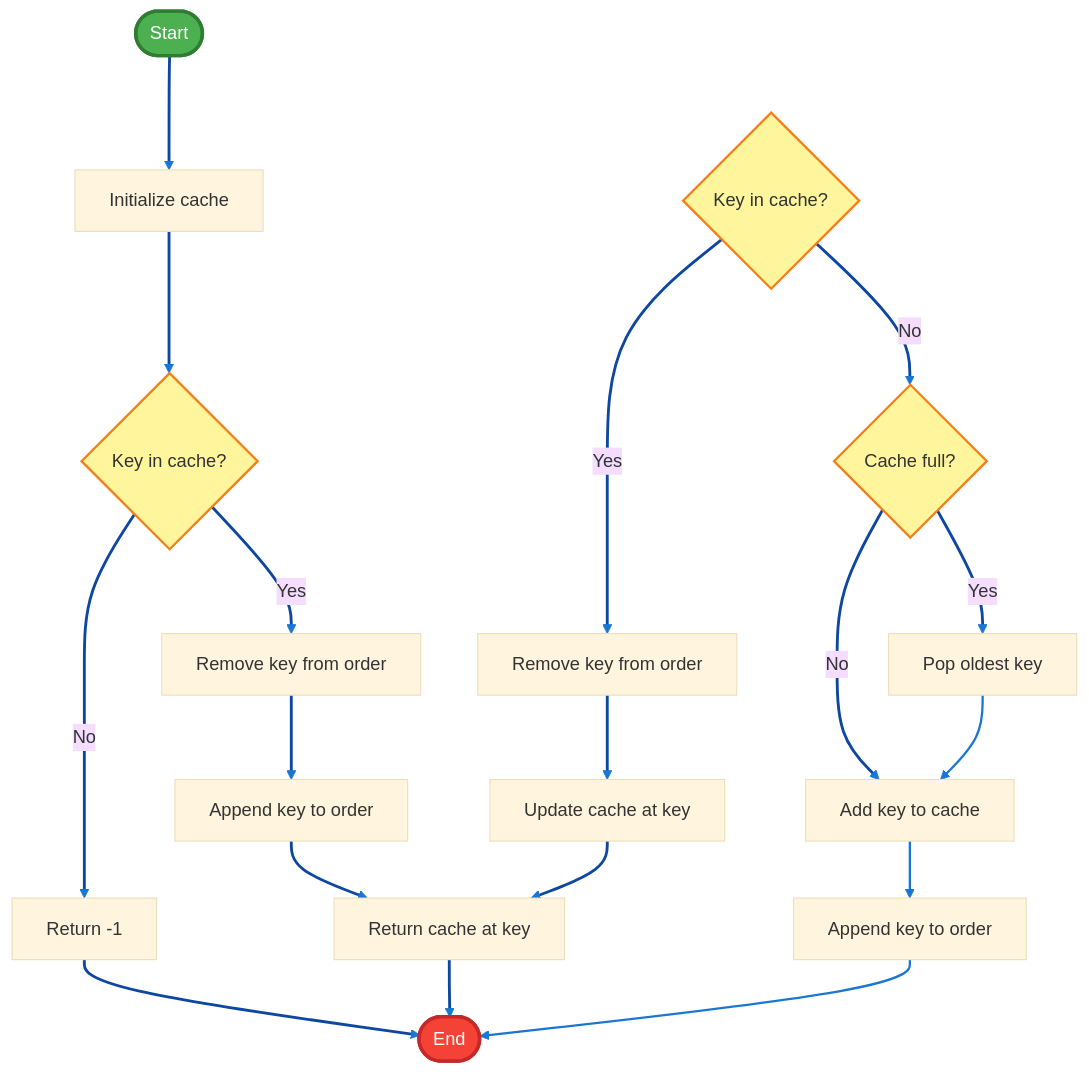
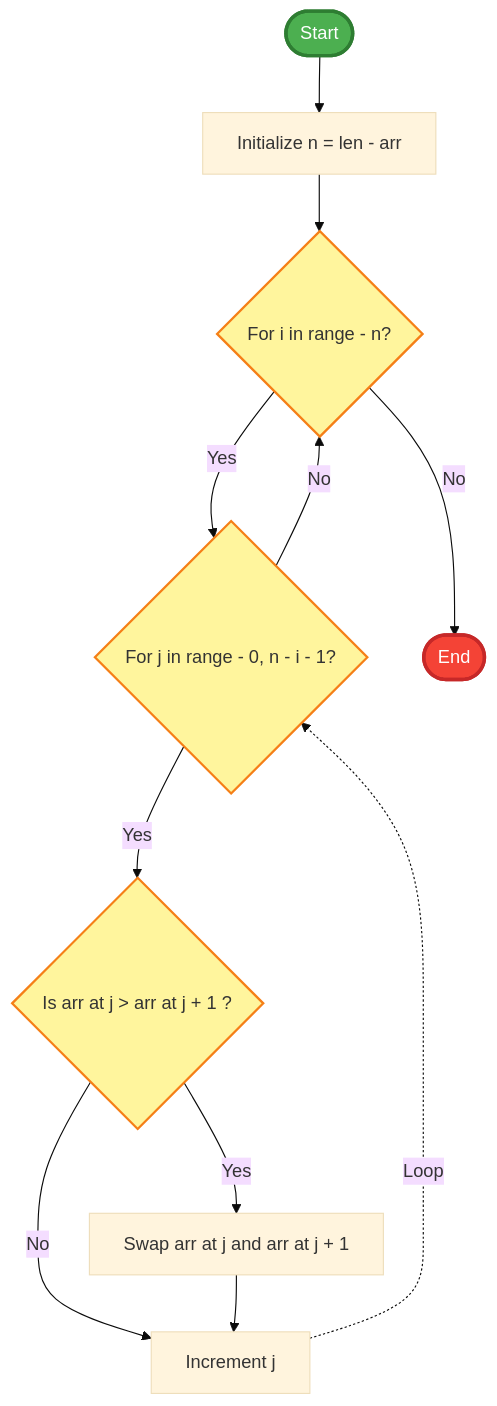
One commit to ArunMunagala7/langgraph-code-inspector changed the diagram in temp/flowchart.mmd. Above: the diagram before and after it, drawn with Mermaid (base theme). The commit also changed 2 other files, not shown here.

Commit message:
fix: Correct Mermaid rendering - remove broken linkStyle syntax and improve error handling

```diff
--- a/temp/flowchart.mmd
+++ b/temp/flowchart.mmd
@@ -1,44 +1,28 @@
 graph TD
     start([Start])
-    step1[Initialize cache]
-    step2{Key in cache?}
-    step3[Remove key from order]
-    step4[Append key to order]
-    step5[Return -1]
-    step6[Return cache at key]
-    step7{Key in cache?}
-    step8[Remove key from order]
-    step9[Update cache at key]
-    step10{Cache full?}
-    step11[Pop oldest key]
-    step12[Add key to cache]
-    step13[Append key to order]
+    step1[Initialize n = len - arr]
+    step2{For i in range - n?}
+    step3{For j in range - 0, n - i - 1?}
+    step4{Is arr at j > arr at j + 1 ?}
+    step5[Swap arr at j and arr at j + 1]
+    step6[Increment j]
     endNode([End])
 
     start --> step1
     step1 --> step2
     step2 -->|Yes| step3
-    step2 -->|No| step5
-    step3 --> step4
-    step4 --> step6
-    step5 --> endNode
-    step6 --> endNode
-    step7 -->|Yes| step8
-    step7 -->|No| step10
-    step8 --> step9
-    step9 --> step6
-    step10 -->|Yes| step11
-    step10 -->|No| step12
-    step11 --> step12
-    step12 --> step13
-    step13 --> endNode
+    step2 -->|No| endNode
+    step3 -->|Yes| step4
+    step3 -->|No| step2
+    step4 -->|Yes| step5
+    step4 -->|No| step6
+    step5 --> step6
+    step6 -.->|Loop| step3
 
     %% Styling
     style start fill:#4CAF50,stroke:#2E7D32,stroke-width:3px,color:#fff
     style step2 fill:#FFF59D,stroke:#F57F17,stroke-width:2px
-    style step7 fill:#FFF59D,stroke:#F57F17,stroke-width:2px
-    style step10 fill:#FFF59D,stroke:#F57F17,stroke-width:2px
+    style step3 fill:#FFF59D,stroke:#F57F17,stroke-width:2px
+    style step4 fill:#FFF59D,stroke:#F57F17,stroke-width:2px
     style endNode fill:#F44336,stroke:#C62828,stroke-width:3px,color:#fff
-    %% Arrow styling for visibility
-    linkStyle default stroke:#1976D2,stroke-width:2px;
-    linkStyle 0,1,2,3,4,5,6,7,8,9,10,11,12,13 stroke:#0D47A1,stroke-width:2.5px;
+    %% Arrow styling
```
